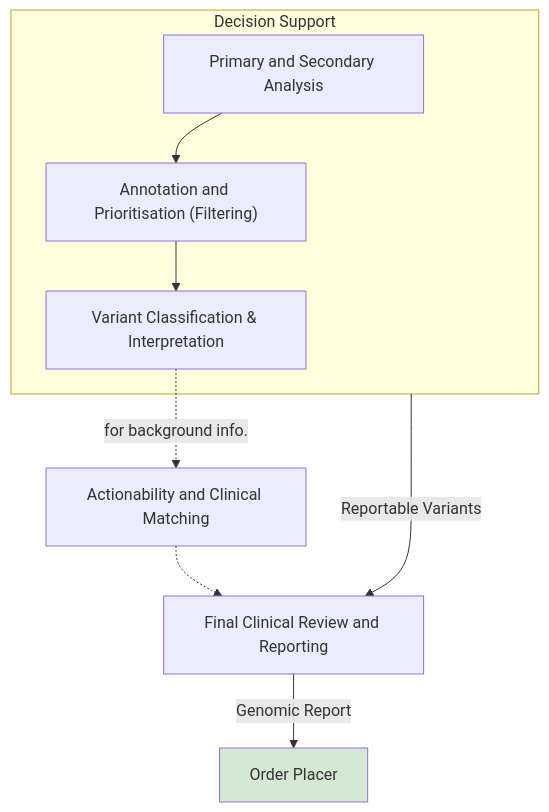
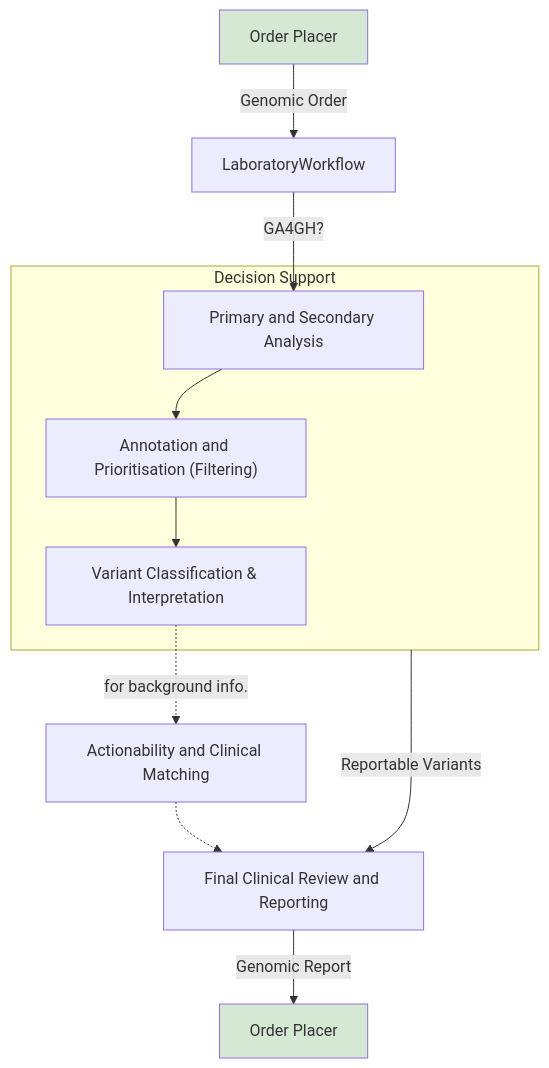
The diagram in input/pagecontent/StructureDefinition-Variant-intro.md (nw-gmsa/nw-gmsa.github.com), drawn with Mermaid before and after one commit.

Commit message:
Issues with intro rendering

````diff
--- a/input/pagecontent/StructureDefinition-Variant-intro.md
+++ b/input/pagecontent/StructureDefinition-Variant-intro.md
@@ -22,23 +22,28 @@
 ```mermaid
 graph
+
+placerS[Order Placer]
+LaboratoryWorkflow
 
 subgraph CDS[Decision Support]
 analysis[Primary and Secondary Analysis]
 filtering["Annotation and Prioritisation (Filtering)"]
 classification[Variant Classification & Interpretation]
 end
 
 action[Actionability and Clinical Matching]
 report[Final Clinical Review and Reporting]
 placer[Order Placer]
 
+placerS --> |Genomic Order| LaboratoryWorkflow
+LaboratoryWorkflow --> |GA4GH?| analysis
 analysis --> filtering
 filtering --> classification
 classification -.-> |for background info.| action
 CDS --> |Reportable Variants| report
 action -.->  report
 report --> |Genomic Report| placer  
 
   classDef green fill:#D5E8D4;
-  class placer green
+  class placer,placerS green
 ```
````
